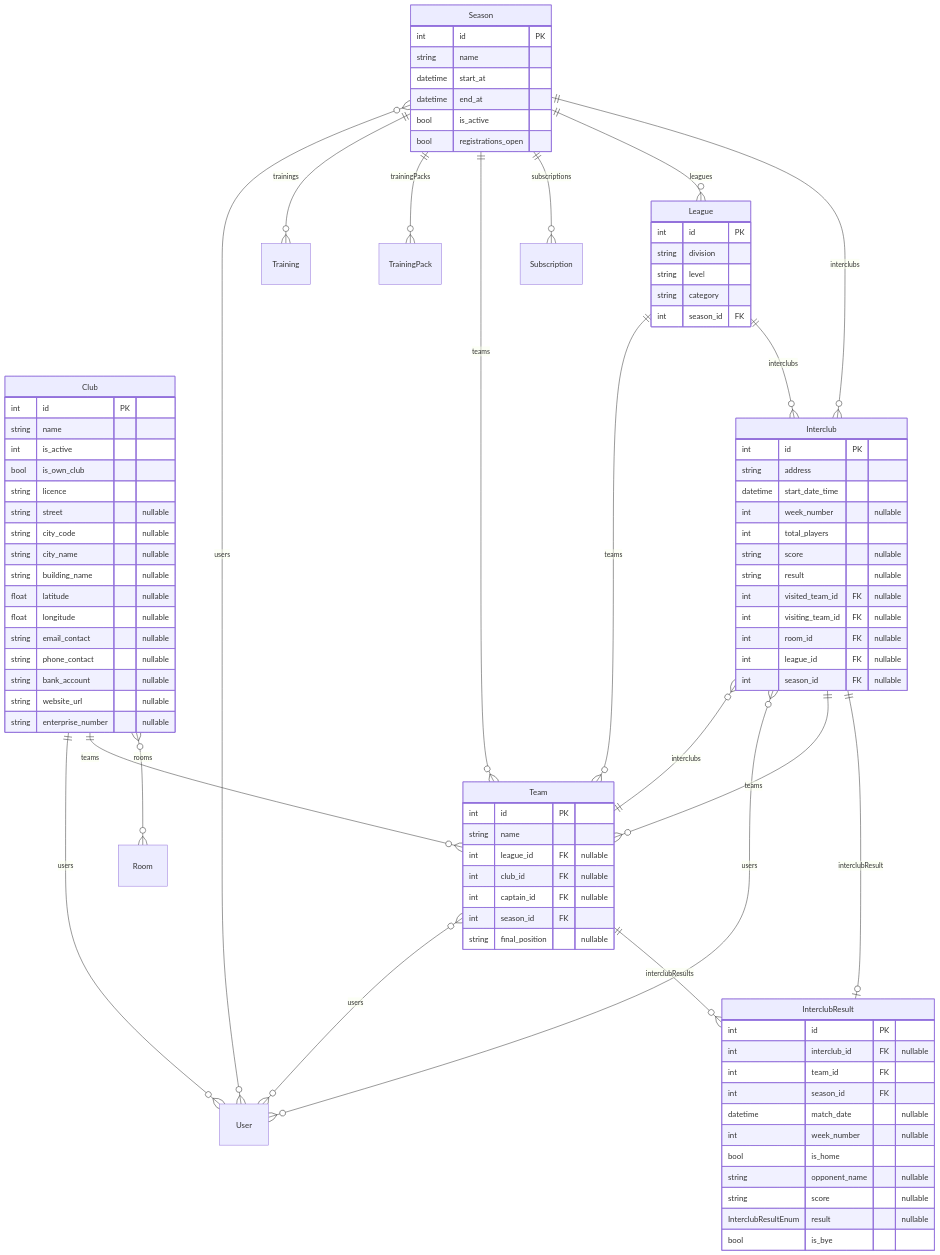
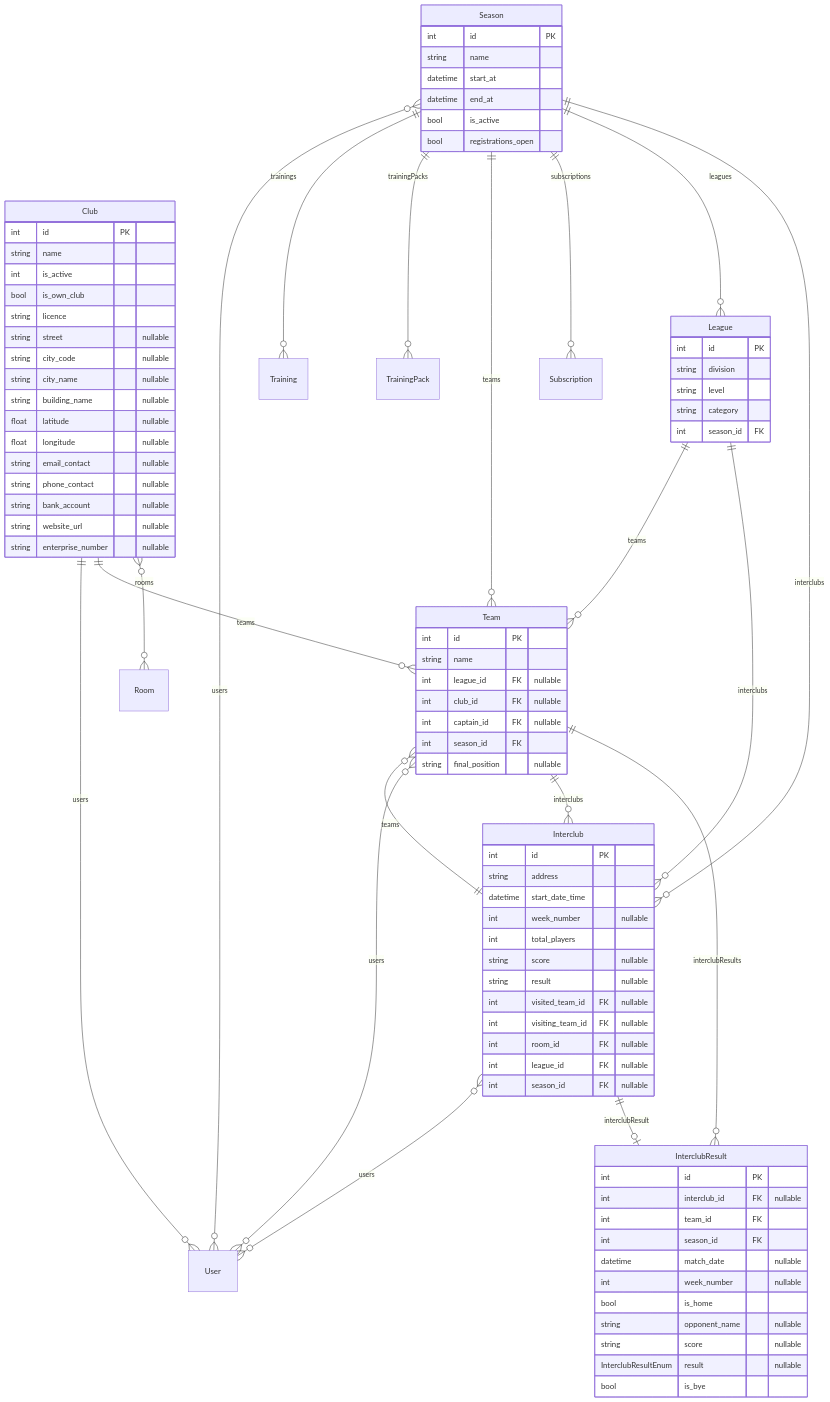
Before and after one commit to Paupoo/tabletennisclub-app: the diagram in docs/erd/competitions-interclub.md, drawn with Mermaid. The commit also changed other lines of this file and 8 other files, not shown here.

First line of the commit message:
fix(docs): make the ERD generator deterministic and keep it out of docs/

````diff
--- a/docs/erd/competitions-interclub.md
+++ b/docs/erd/competitions-interclub.md
@@ -3,5 +3,37 @@
 ```mermaid
 erDiagram
+    Club {
+        int id PK
+        string name
+        int is_active
+        bool is_own_club
+        string licence
+        string street "nullable"
+        string city_code "nullable"
+        string city_name "nullable"
+        string building_name "nullable"
+        float latitude "nullable"
+        float longitude "nullable"
+        string email_contact "nullable"
+        string phone_contact "nullable"
+        string bank_account "nullable"
+        string website_url "nullable"
+        string enterprise_number "nullable"
+    }
+    Interclub {
+        int id PK
+        string address
+        datetime start_date_time
+        int week_number "nullable"
+        int total_players
+        string score "nullable"
+        string result "nullable"
+        int visited_team_id FK "nullable"
+        int visiting_team_id FK "nullable"
+        int room_id FK "nullable"
+        int league_id FK "nullable"
+        int season_id FK "nullable"
+    }
     InterclubResult {
         int id PK
         int interclub_id FK "nullable"
@@ -39,39 +71,13 @@
         int season_id FK
         string final_position "nullable"
     }
-    Club {
-        int id PK
-        string name
-        int is_active
-        bool is_own_club
-        string licence
-        string street "nullable"
-        string city_code "nullable"
-        string city_name "nullable"
-        string building_name "nullable"
-        float latitude "nullable"
-        float longitude "nullable"
-        string email_contact "nullable"
-        string phone_contact "nullable"
-        string bank_account "nullable"
-        string website_url "nullable"
-        string enterprise_number "nullable"
-    }
-    Interclub {
-        int id PK
-        string address
-        datetime start_date_time
-        int week_number "nullable"
-        int total_players
-        string score "nullable"
-        string result "nullable"
-        int visited_team_id FK "nullable"
-        int visiting_team_id FK "nullable"
-        int room_id FK "nullable"
-        int league_id FK "nullable"
-        int season_id FK "nullable"
-    }
 
+    Club }o--o{ Room : "rooms"
+    Club ||--o{ Team : "teams"
+    Club ||--o{ User : "users"
+    Interclub ||--o| InterclubResult : "interclubResult"
+    Interclub ||--o{ Team : "teams"
+    Interclub }o--o{ User : "users"
     League ||--o{ Interclub : "interclubs"
     League ||--o{ Team : "teams"
     Season ||--o{ Interclub : "interclubs"
@@ -84,10 +90,4 @@
     Team ||--o{ InterclubResult : "interclubResults"
     Team ||--o{ Interclub : "interclubs"
     Team }o--o{ User : "users"
-    Club }o--o{ Room : "rooms"
-    Club ||--o{ Team : "teams"
-    Club ||--o{ User : "users"
-    Interclub ||--o| InterclubResult : "interclubResult"
-    Interclub ||--o{ Team : "teams"
-    Interclub }o--o{ User : "users"
 ```
````
